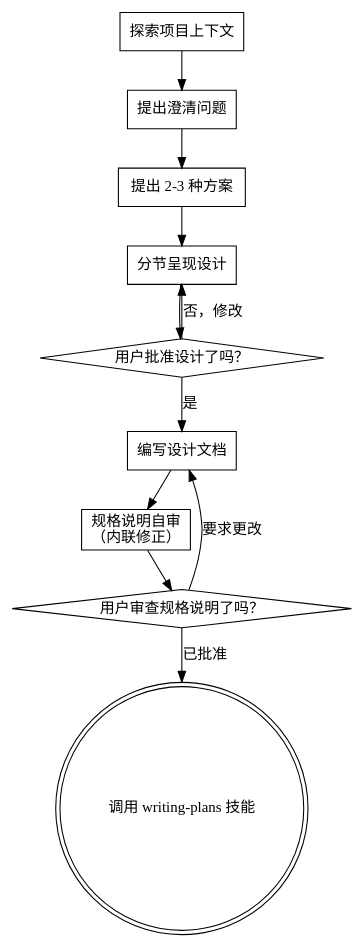
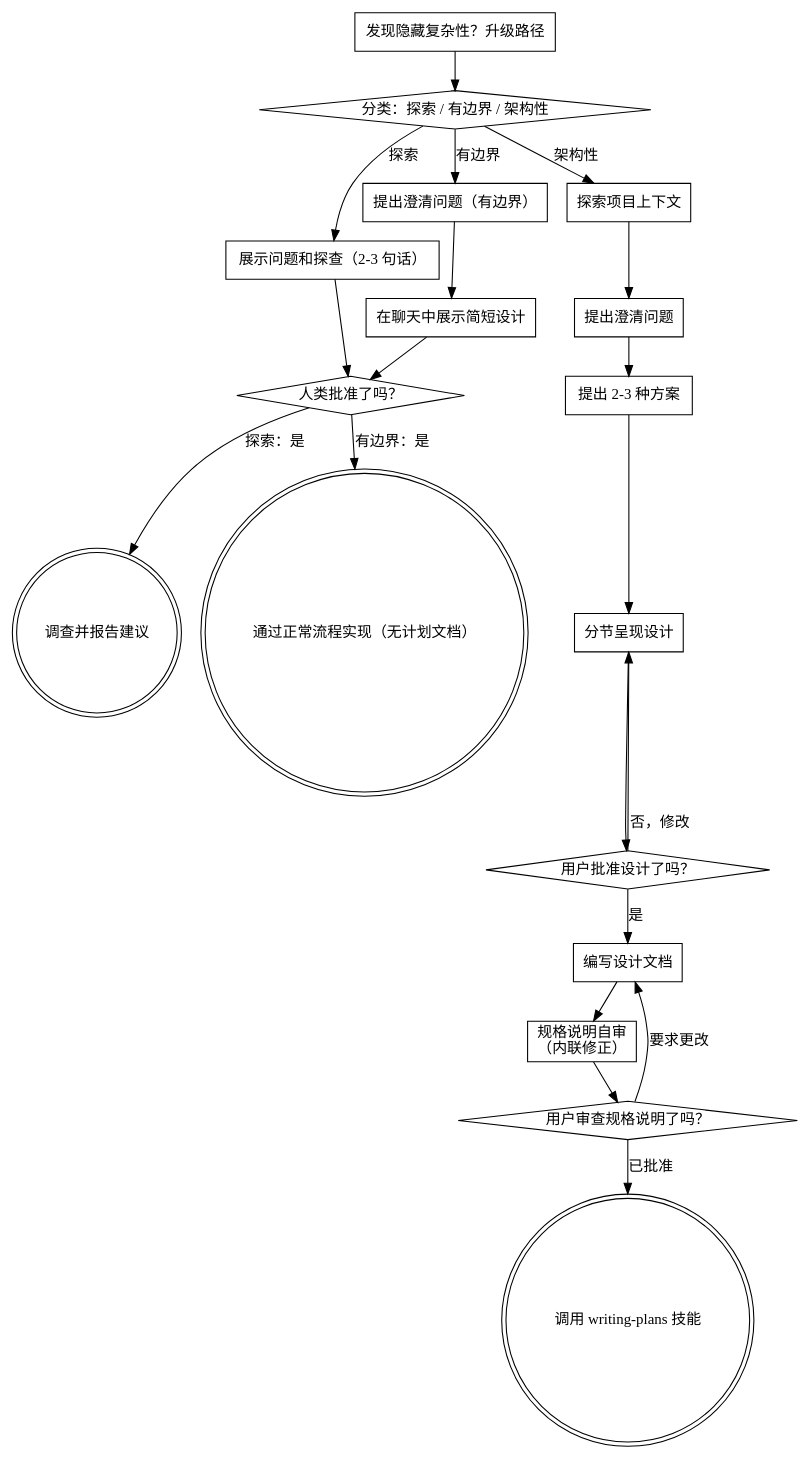
The diagram in skills/brainstorming/SKILL.md (AreChen/superpowers-zh), drawn with Graphviz before and after one commit. The commit also changed other lines of this file and 27 other files, not shown here.

````diff
--- a/skills/brainstorming/SKILL.md
+++ b/skills/brainstorming/SKILL.md
@@ -36,24 +73,41 @@
 ```dot
 digraph brainstorming {
+    "Classify: spike / bounded / architectural" [shape=diamond, label="分类：探索 / 有边界 / 架构性"];
+    "Present question + probe (2-3 sentences)" [shape=box, label="展示问题和探查（2-3 句话）"];
+    "Ask clarifying questions (bounded)" [shape=box, label="提出澄清问题（有边界）"];
+    "Present short design in chat" [shape=box, label="在聊天中展示简短设计"];
+    "Human approves?" [shape=diamond, label="人类批准了吗？"];
+    "Investigate; report recommendation" [shape=doublecircle, label="调查并报告建议"];
+    "Implement via normal workflow (no plan doc)" [shape=doublecircle, label="通过正常流程实现（无计划文档）"];
     "Explore project context" [shape=box, label="探索项目上下文"];
     "Ask clarifying questions" [shape=box, label="提出澄清问题"];
     "Propose 2-3 approaches" [shape=box, label="提出 2-3 种方案"];
     "Present design sections" [shape=box, label="分节呈现设计"];
     "User approves design?" [shape=diamond, label="用户批准设计了吗？"];
     "Write design doc" [shape=box, label="编写设计文档"];
     "Spec self-review\n(fix inline)" [shape=box, label="规格说明自审\n（内联修正）"];
     "User reviews spec?" [shape=diamond, label="用户审查规格说明了吗？"];
     "Invoke writing-plans skill" [shape=doublecircle, label="调用 writing-plans 技能"];
+    "Hidden complexity? Upgrade path" [shape=box, label="发现隐藏复杂性？升级路径"];
 
+    "Classify: spike / bounded / architectural" -> "Present question + probe (2-3 sentences)" [label="探索"];
+    "Classify: spike / bounded / architectural" -> "Ask clarifying questions (bounded)" [label="有边界"];
+    "Classify: spike / bounded / architectural" -> "Explore project context" [label="架构性"];
+    "Present question + probe (2-3 sentences)" -> "Human approves?";
+    "Ask clarifying questions (bounded)" -> "Present short design in chat";
+    "Present short design in chat" -> "Human approves?";
+    "Human approves?" -> "Investigate; report recommendation" [label="探索：是"];
+    "Human approves?" -> "Implement via normal workflow (no plan doc)" [label="有边界：是"];
+    "Hidden complexity? Upgrade path" -> "Classify: spike / bounded / architectural";
     "Explore project context" -> "Ask clarifying questions";
     "Ask clarifying questions" -> "Propose 2-3 approaches";
     "Propose 2-3 approaches" -> "Present design sections";
     "Present design sections" -> "User approves design?";
     "User approves design?" -> "Present design sections" [label="否，修改"];
     "User approves design?" -> "Write design doc" [label="是"];
     "Write design doc" -> "Spec self-review\n(fix inline)";
     "Spec self-review\n(fix inline)" -> "User reviews spec?";
     "User reviews spec?" -> "Write design doc" [label="要求更改"];
     "User reviews spec?" -> "Invoke writing-plans skill" [label="已批准"];
 }
 ```
````
